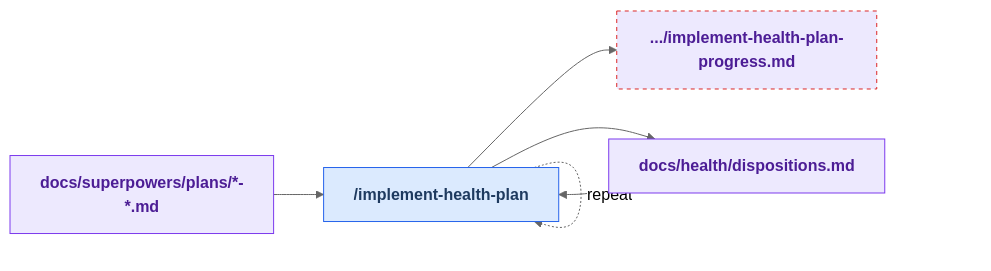
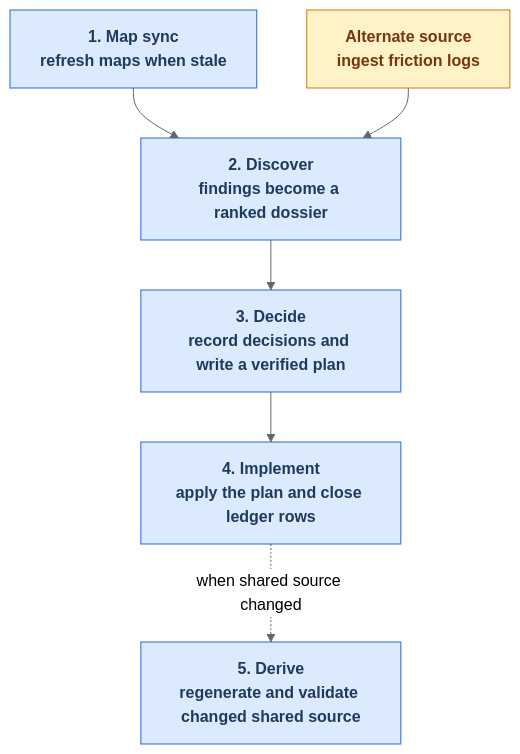
One commit to russell-laing/al-dev-shared changed the diagram in docs/maintainer-tooling.md. Above: the diagram before and after it, drawn with Mermaid (neutral theme). The commit also changed other lines of this file and 13 other files, not shown here.

````diff
--- a/docs/maintainer-tooling.md
+++ b/docs/maintainer-tooling.md
@@ -373,24 +25,21 @@
 ```mermaid
-flowchart LR
-    classDef userSkill fill:#dbeafe,stroke:#2563eb,color:#1e3a5f,font-weight:bold
-    classDef internalSkill fill:#f3f4f6,stroke:#6b7280,color:#374151,stroke-dasharray:5 5,font-weight:bold
-    classDef artifact fill:#ede9fe,stroke:#7c3aed,color:#4c1d95,font-weight:bold
-    classDef orphanArtifact fill:#ede9fe,stroke:#dc2626,color:#4c1d95,stroke-dasharray:4 4,font-weight:bold
-    classDef manualStep fill:#fef3c7,stroke:#d97706,color:#78350f,font-weight:bold
+flowchart TD
+    classDef stage fill:#dbeafe,stroke:#2563eb,color:#1e3a5f,font-weight:bold
+    classDef alternate fill:#fef3c7,stroke:#d97706,color:#78350f,font-weight:bold
 
-    skill_implement_health_plan["/implement-health-plan"]
-    art__dev_implement_health_plan_progress_md[".../implement-health-plan-progress.md"]
-    art_docs_health_dispositions_md["docs/health/dispositions.md"]
-    art_docs_superpowers_plans_____md["docs/superpowers/plans/*-*.md"]
+    stage_map_sync["1. Map sync<br/>refresh maps when stale"]
+    stage_discover["2. Discover<br/>findings become a ranked dossier"]
+    stage_decide["3. Decide<br/>record decisions and write a verified plan"]
+    stage_implement["4. Implement<br/>apply the plan and close ledger rows"]
+    stage_derive["5. Derive<br/>regenerate and validate changed shared source"]
+    entry_friction["Alternate source<br/>ingest friction logs"]
 
-    art_docs_health_dispositions_md --> skill_implement_health_plan
-    art_docs_superpowers_plans_____md --> skill_implement_health_plan
-    skill_implement_health_plan --> art__dev_implement_health_plan_progress_md
-    skill_implement_health_plan --> art_docs_health_dispositions_md
-    skill_implement_health_plan -. "repeat" .-> skill_implement_health_plan
+    stage_map_sync --> stage_discover
+    entry_friction --> stage_discover
+    stage_discover --> stage_decide
+    stage_decide --> stage_implement
+    stage_implement -. "when shared source changed" .-> stage_derive
 
-    class skill_implement_health_plan userSkill
-    class art__dev_implement_health_plan_progress_md orphanArtifact
-    class art_docs_health_dispositions_md artifact
-    class art_docs_superpowers_plans_____md artifact
+    class stage_map_sync,stage_discover,stage_decide,stage_implement,stage_derive stage
+    class entry_friction alternate
 ```
````
